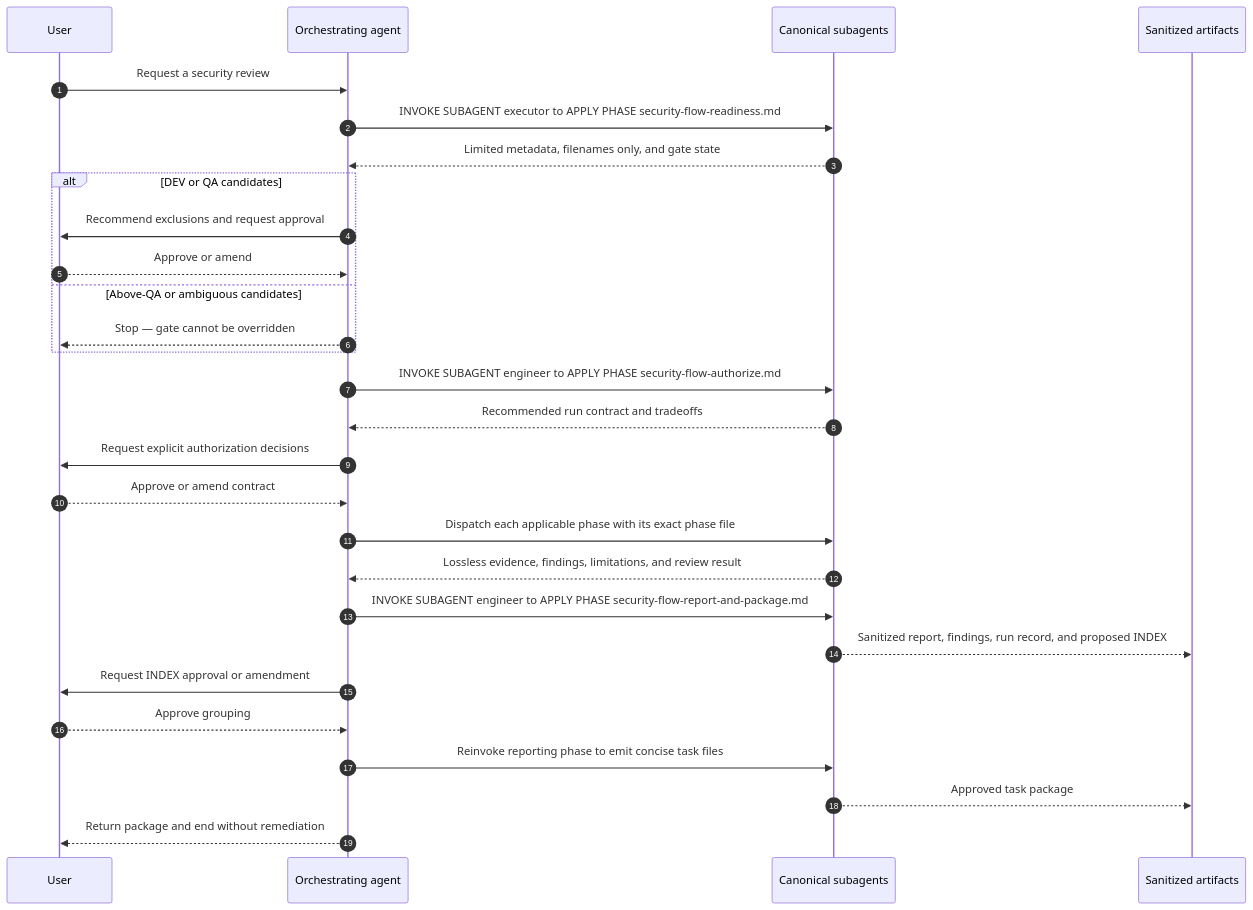
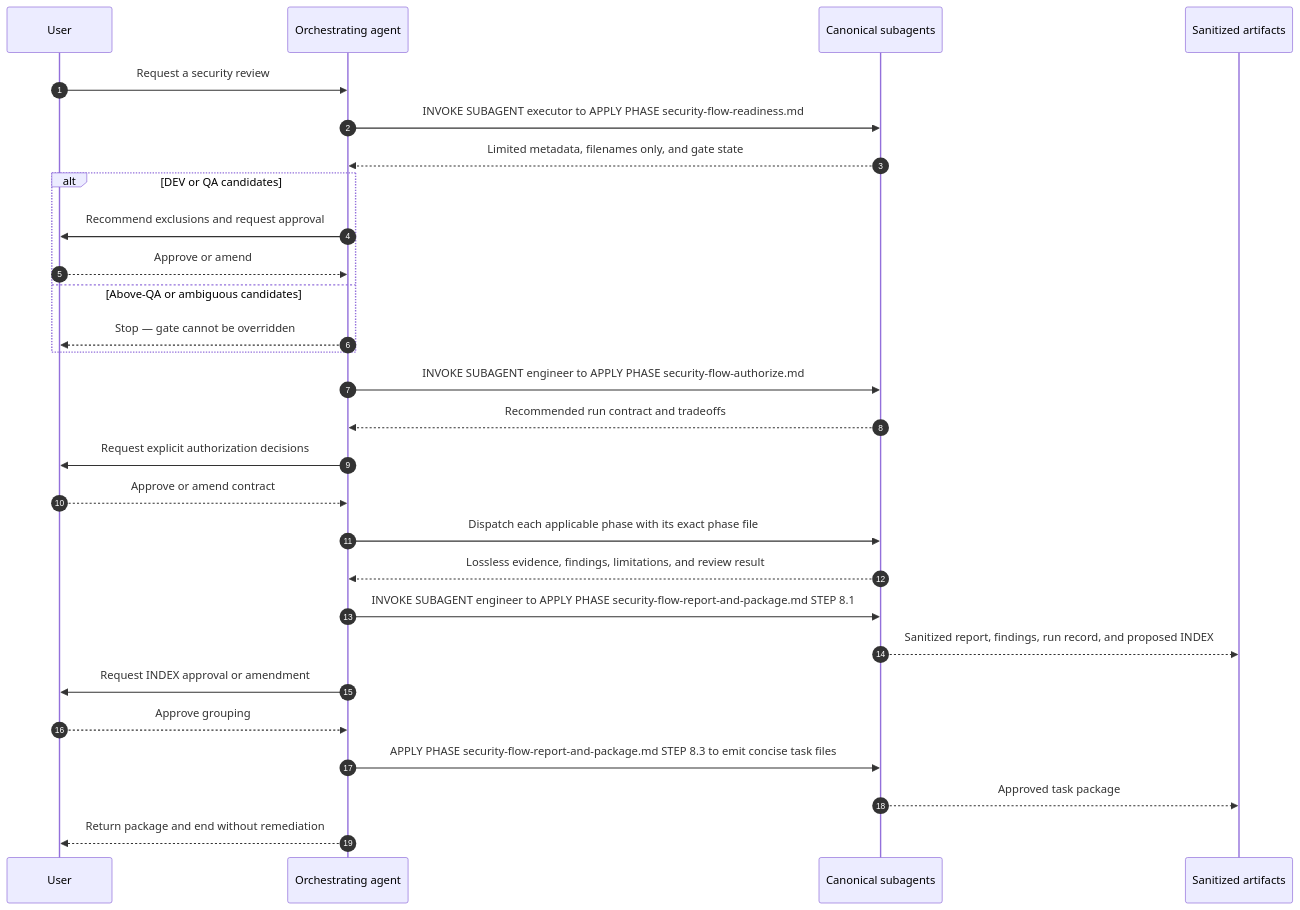
Before and after one commit to griddynamics/rosetta: the second of 2 diagrams in docs/web/docs/security-flow.md, drawn with Mermaid. The commit also changed other lines of this file and 25 other files, not shown here.

First line of the commit message:
fix(security): address PR review — phase numbering, secret-gate execution, contracts

````diff
--- a/docs/web/docs/security-flow.md
+++ b/docs/web/docs/security-flow.md
@@ -130,31 +131,31 @@
 ```mermaid
 sequenceDiagram
     autonumber
     participant U as User
     participant O as Orchestrating agent
     participant S as Canonical subagents
     participant F as Sanitized artifacts
 
     U->>O: Request a security review
     O->>S: INVOKE SUBAGENT executor to APPLY PHASE security-flow-readiness.md
     S-->>O: Limited metadata, filenames only, and gate state
     alt DEV or QA candidates
         O->>U: Recommend exclusions and request approval
         U-->>O: Approve or amend
     else Above-QA or ambiguous candidates
         O-->>U: Stop — gate cannot be overridden
     end
     O->>S: INVOKE SUBAGENT engineer to APPLY PHASE security-flow-authorize.md
     S-->>O: Recommended run contract and tradeoffs
     O->>U: Request explicit authorization decisions
     U-->>O: Approve or amend contract
     O->>S: Dispatch each applicable phase with its exact phase file
     S-->>O: Lossless evidence, findings, limitations, and review result
-    O->>S: INVOKE SUBAGENT engineer to APPLY PHASE security-flow-report-and-package.md
+    O->>S: INVOKE SUBAGENT engineer to APPLY PHASE security-flow-report-and-package.md STEP 8.1
     S-->>F: Sanitized report, findings, run record, and proposed INDEX
     O->>U: Request INDEX approval or amendment
     U-->>O: Approve grouping
-    O->>S: Reinvoke reporting phase to emit concise task files
+    O->>S: APPLY PHASE security-flow-report-and-package.md STEP 8.3 to emit concise task files
     S-->>F: Approved task package
     O-->>U: Return package and end without remediation
 ```
````
